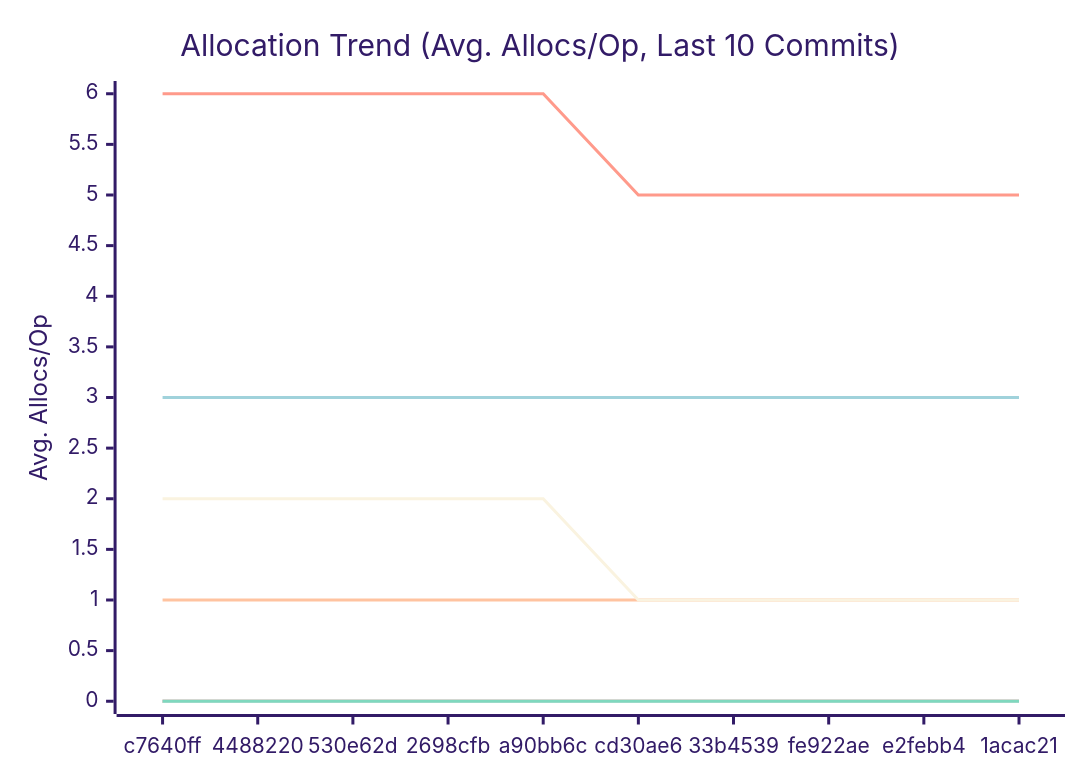
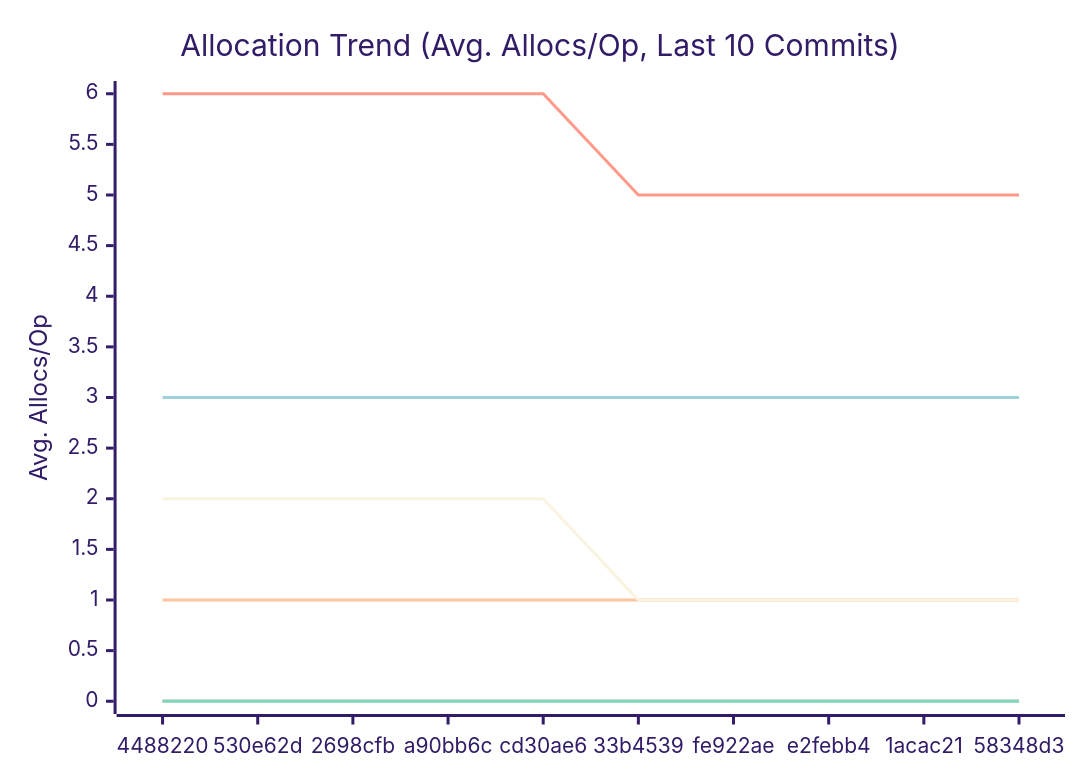
Before and after one commit to alsotoes/momo: the third of 3 diagrams in docs/PERFORMANCE.md, drawn with Mermaid (forest theme). The commit also changed other lines of this file and 8 other files, not shown here.

````diff
--- a/docs/PERFORMANCE.md
+++ b/docs/PERFORMANCE.md
@@ -114,16 +114,16 @@
 ```mermaid
 xychart-beta
     title "Allocation Trend (Avg. Allocs/Op, Last 10 Commits)"
     x-axis "Commit"
     y-axis "Avg. Allocs/Op"
-    x-axis [c7640ff,4488220,530e62d,2698cfb,a90bb6c,cd30ae6,33b4539,fe922ae,e2febb4,1acac21]
+    x-axis [4488220,530e62d,2698cfb,a90bb6c,cd30ae6,33b4539,fe922ae,e2febb4,1acac21,58348d3]
     line "CheckMetricsAndSwap" [0,0,0,0,0,0,0,0,0,0]
     line "CrushOptimized" [0,0,0,0,0,0,0,0,0,0]
     line "CrushOriginal" [3,3,3,3,3,3,3,3,3,3]
     line "IndexDirectTracking" [0,0,0,0,0,0,0,0,0,0]
     line "IndexSearch" [0,0,0,0,0,0,0,0,0,0]
     line "LoadGlobalConfig" [1,1,1,1,1,1,1,1,1,1]
     line "PadString" [0,0,0,0,0,0,0,0,0,0]
     line "ParseReplicationOrder_NoPrealloc" [6,6,6,6,6,5,5,5,5,5]
     line "ParseReplicationOrder_Prealloc" [2,2,2,2,2,1,1,1,1,1]
 ```
````
